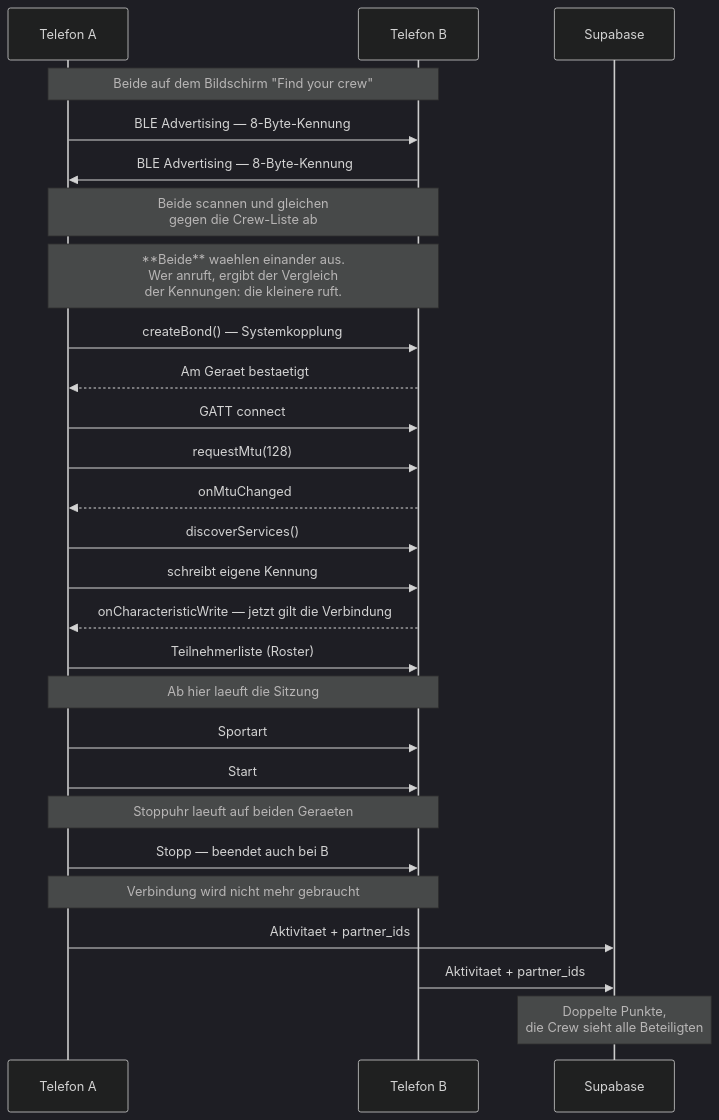
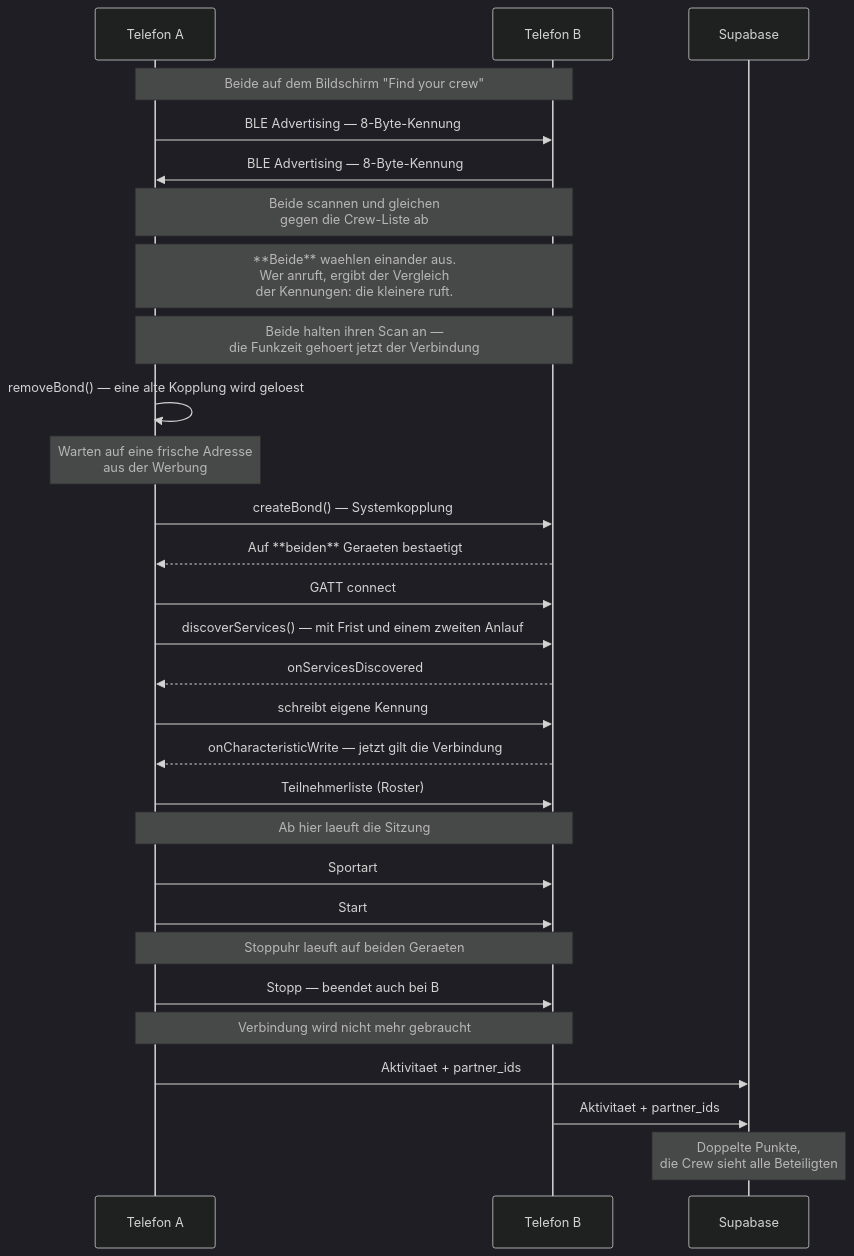
One commit to jr2k01/MobileSE changed the fourth of 4 diagrams in ARCHITECTURE.md. Above: the diagram before and after it, drawn with Mermaid (dark theme). The commit also changed other lines of this file and 2 other files, not shown here.

````diff
--- a/ARCHITECTURE.md
+++ b/ARCHITECTURE.md
@@ -197,33 +197,35 @@
 ```mermaid
 sequenceDiagram
     participant A as Telefon A
     participant B as Telefon B
     participant S as Supabase
 
     Note over A,B: Beide auf dem Bildschirm "Find your crew"
     A->>B: BLE Advertising — 8-Byte-Kennung
     B->>A: BLE Advertising — 8-Byte-Kennung
     Note over A,B: Beide scannen und gleichen<br/>gegen die Crew-Liste ab
 
     Note over A,B: **Beide** waehlen einander aus.<br/>Wer anruft, ergibt der Vergleich<br/>der Kennungen: die kleinere ruft.
+    Note over A,B: Beide halten ihren Scan an —<br/>die Funkzeit gehoert jetzt der Verbindung
+    A->>A: removeBond() — eine alte Kopplung wird geloest
+    Note over A: Warten auf eine frische Adresse<br/>aus der Werbung
     A->>B: createBond() — Systemkopplung
-    B-->>A: Am Geraet bestaetigt
+    B-->>A: Auf **beiden** Geraeten bestaetigt
     A->>B: GATT connect
-    A->>B: requestMtu(128)
-    B-->>A: onMtuChanged
-    A->>B: discoverServices()
+    A->>B: discoverServices() — mit Frist und einem zweiten Anlauf
+    B-->>A: onServicesDiscovered
     A->>B: schreibt eigene Kennung
     B-->>A: onCharacteristicWrite — jetzt gilt die Verbindung
     A->>B: Teilnehmerliste (Roster)
 
     Note over A,B: Ab hier laeuft die Sitzung
     A->>B: Sportart
     A->>B: Start
     Note over A,B: Stoppuhr laeuft auf beiden Geraeten
     A->>B: Stopp — beendet auch bei B
 
     Note over A,B: Verbindung wird nicht mehr gebraucht
     A->>S: Aktivitaet + partner_ids
     B->>S: Aktivitaet + partner_ids
     Note over S: Doppelte Punkte,<br/>die Crew sieht alle Beteiligten
 ```
````
